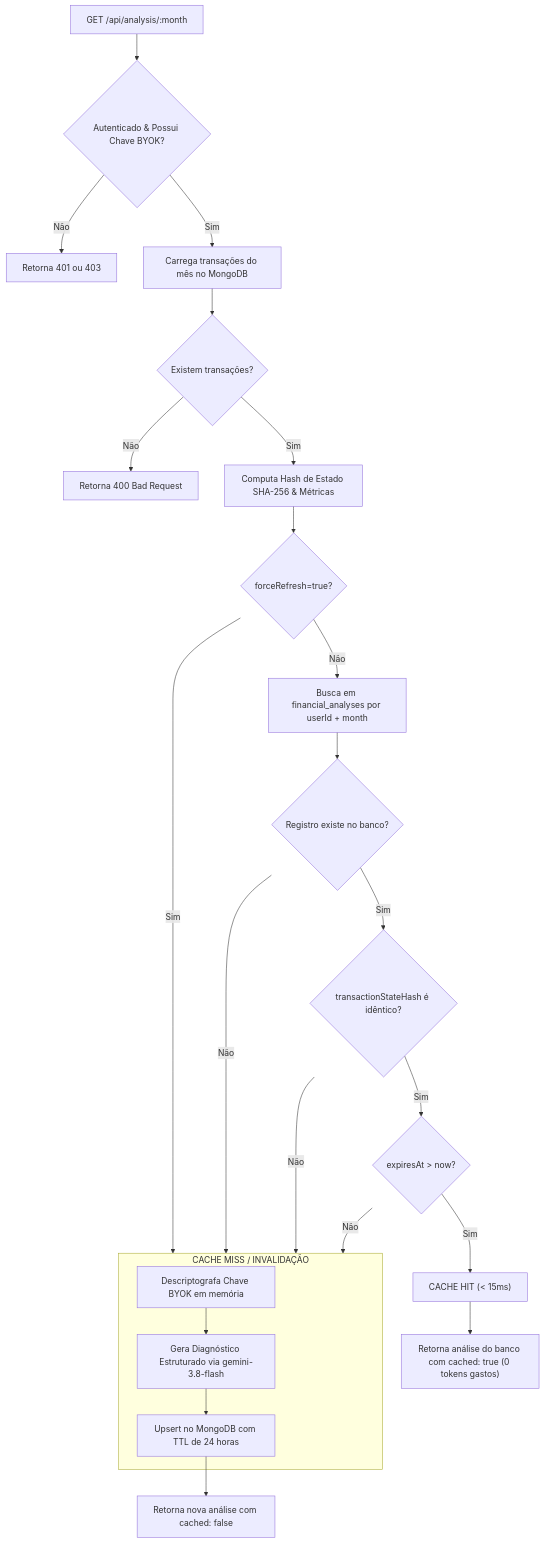
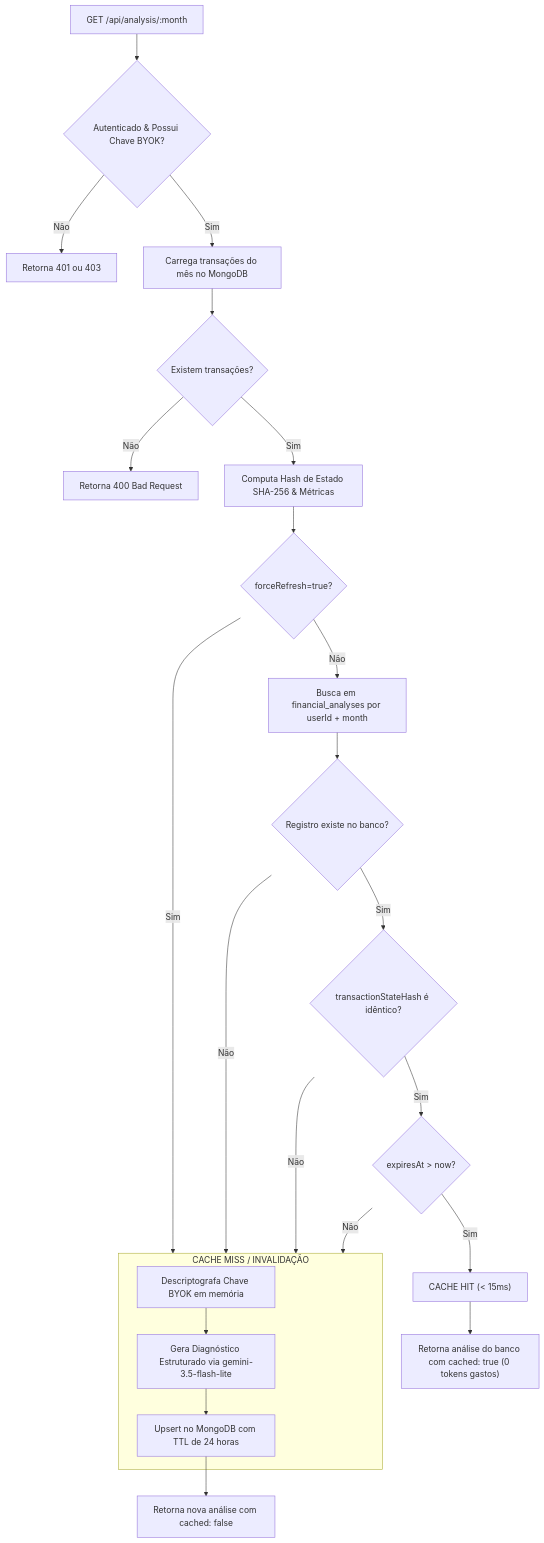
One commit to Projeto-TCC-Dash/projeto-backend-dashboard changed the fourth of 4 diagrams in README.md. Above: the diagram before and after it, drawn with Mermaid. The commit also changed other lines of this file, not shown here.

Commit message:
docs(readme): align default Gemini model with gemini-3.5-flash-lite

````diff
--- a/README.md
+++ b/README.md
@@ -174,33 +174,33 @@
 ```mermaid
 flowchart TD
     Req["GET /api/analysis/:month"] --> CheckAuth{"Autenticado & Possui Chave BYOK?"}
     CheckAuth -- Não --> ErrAuth["Retorna 401 ou 403"]
     CheckAuth -- Sim --> FetchTx["Carrega transações do mês no MongoDB"]
 
     FetchTx --> HasTx{"Existem transações?"}
     HasTx -- Não --> ErrEmpty["Retorna 400 Bad Request"]
     HasTx -- Sim --> CalcHash["Computa Hash de Estado SHA-256 & Métricas"]
 
     CalcHash --> CheckForce{"forceRefresh=true?"}
     CheckForce -- Sim --> MissFlow["Cache Bypassed"]
     CheckForce -- Não --> QueryCache["Busca em financial_analyses por userId + month"]
 
     QueryCache --> CacheFound{"Registro existe no banco?"}
     CacheFound -- Não --> MissFlow
     CacheFound -- Sim --> CheckHash{"transactionStateHash é idêntico?"}
     CheckHash -- Não --> MissFlow
     CheckHash -- Sim --> CheckTTL{"expiresAt > now?"}
     CheckTTL -- Não --> MissFlow
 
     CheckTTL -- Sim --> Hit["CACHE HIT (< 15ms)"]
     Hit --> ReturnHit["Retorna análise do banco com cached: true (0 tokens gastos)"]
 
     subgraph MissFlow["CACHE MISS / INVALIDAÇÃO"]
         DecKey["Descriptografa Chave BYOK em memória"]
-        CallGemini["Gera Diagnóstico Estruturado via gemini-3.8-flash"]
+        CallGemini["Gera Diagnóstico Estruturado via gemini-3.5-flash-lite"]
         Upsert["Upsert no MongoDB com TTL de 24 horas"]
         DecKey --> CallGemini --> Upsert
     end
 
     Upsert --> ReturnMiss["Retorna nova análise com cached: false"]
 ```
````
